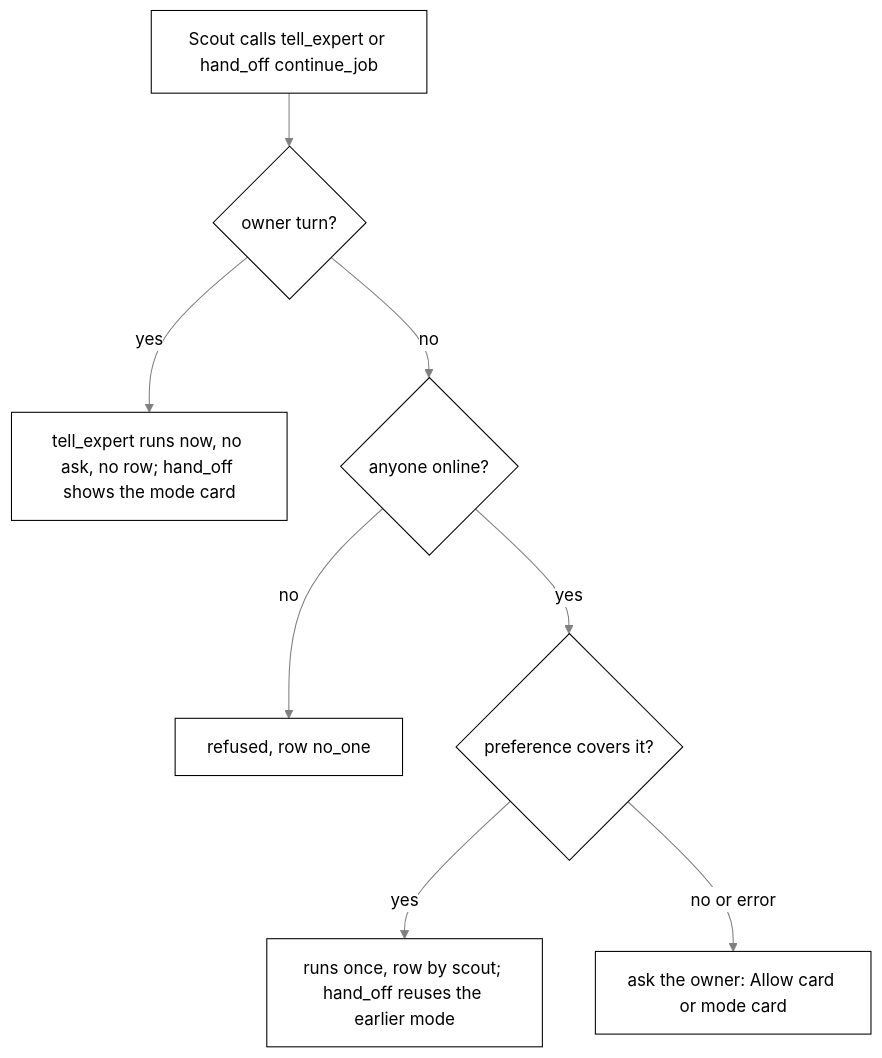
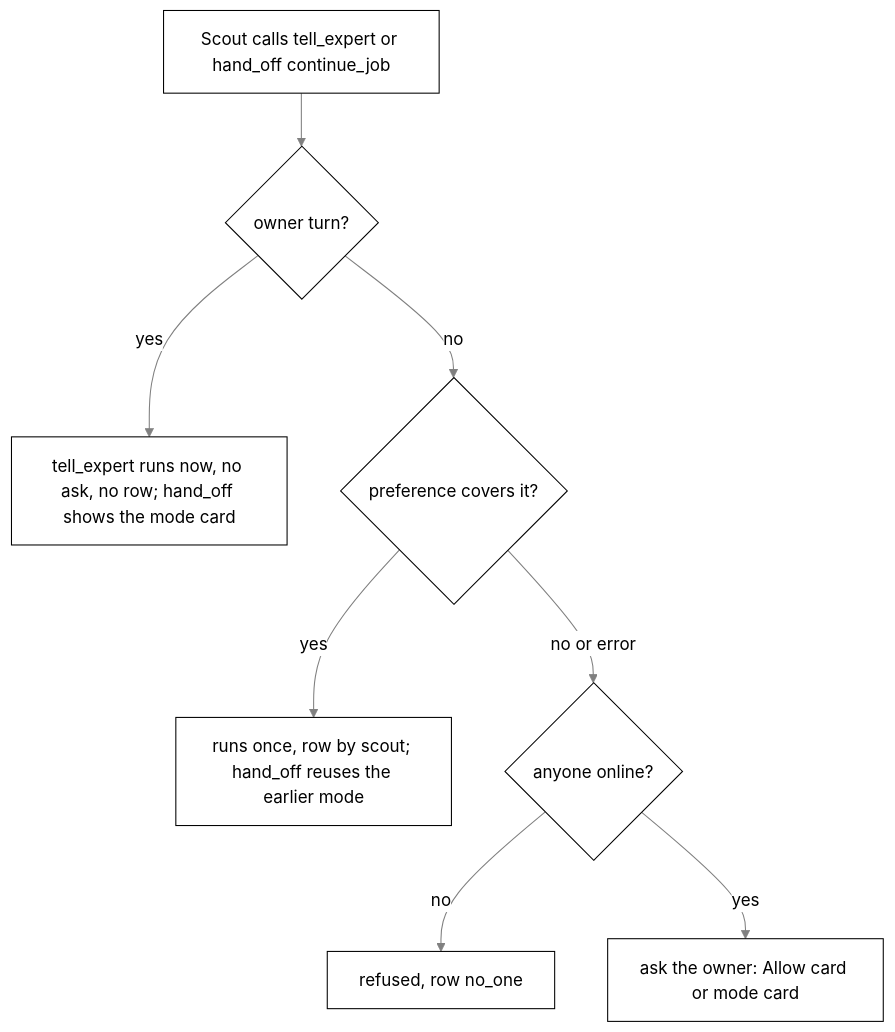
The fifth of 12 diagrams in docs/brain.md (nadeem4/tagalong), drawn with Mermaid before and after one commit. The commit also changed other lines of this file and 17 other files, not shown here.

First line of the commit message:
feat(brain): expert asks and hand-offs through the engine; delete the ask hook (P3)

````diff
--- a/docs/brain.md
+++ b/docs/brain.md
@@ -536,11 +547,11 @@
 ```mermaid
 %%{init: {"theme": "base", "themeVariables": {"primaryColor": "#ffffff", "primaryTextColor": "#000000", "primaryBorderColor": "#000000", "lineColor": "#808080", "arrowheadColor": "#808080", "secondaryColor": "#f2f2f2", "tertiaryColor": "#ffffff", "clusterBkg": "#f7f7f7", "clusterBorder": "#808080", "edgeLabelBackground": "#ffffff", "titleColor": "#808080", "actorBkg": "#ffffff", "actorBorder": "#000000", "actorTextColor": "#000000", "actorLineColor": "#808080", "signalColor": "#808080", "signalTextColor": "#808080", "sequenceNumberColor": "#ffffff", "labelBoxBkgColor": "#ffffff", "labelBoxBorderColor": "#808080", "labelTextColor": "#000000", "loopTextColor": "#808080", "noteBkgColor": "#f7f7f7", "noteBorderColor": "#808080", "noteTextColor": "#000000", "activationBkgColor": "#f7f7f7", "activationBorderColor": "#808080", "fontFamily": "Segoe UI, Helvetica, Arial, sans-serif"}}}%%
 flowchart TD
   A[Scout calls tell_expert or hand_off continue_job] --> B{owner turn?}
   B -- yes --> C[tell_expert runs now, no ask, no row; hand_off shows the mode card]
-  B -- no --> D{anyone online?}
+  B -- no --> F{preference covers it?}
+  F -- yes --> G[runs once, row by scout; hand_off reuses the earlier mode]
+  F -- no or error --> D{anyone online?}
   D -- no --> E[refused, row no_one]
-  D -- yes --> F{preference covers it?}
-  F -- yes --> G[runs once, row by scout; hand_off reuses the earlier mode]
-  F -- no or error --> H[ask the owner: Allow card or mode card]
+  D -- yes --> H[ask the owner: Allow card or mode card]
 ```
````
